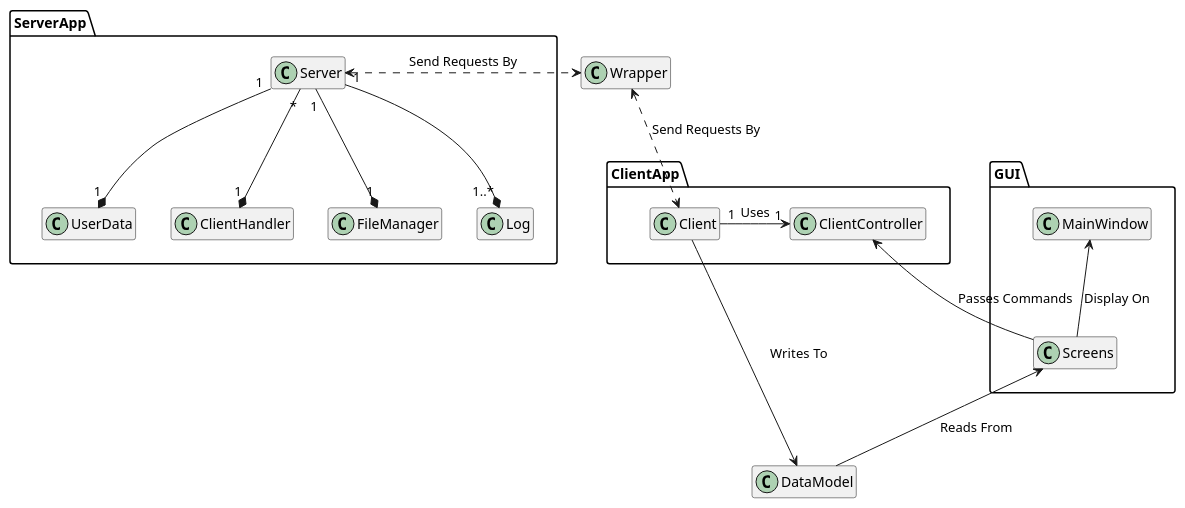
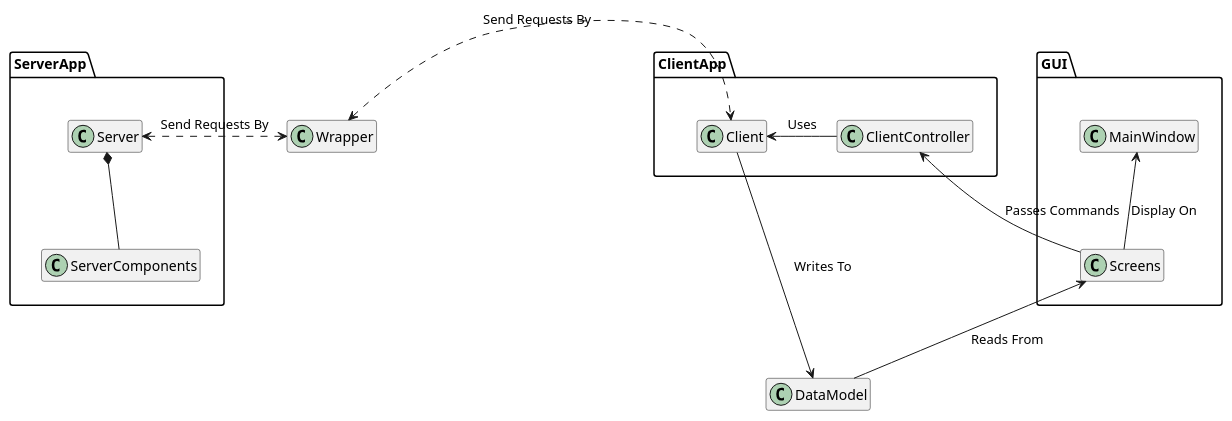
One commit to NubezVilla/CS_401_Group_1 changed the diagram in docs/diagrams/ClassDiagram/HighLevelDiagram.puml. Above: the diagram before and after it, drawn with PlantUML.

```diff
--- a/docs/diagrams/ClassDiagram/HighLevelDiagram.puml
+++ b/docs/diagrams/ClassDiagram/HighLevelDiagram.puml
@@ -1,44 +1,38 @@
 @startuml
 hide empty members
 package ServerApp{
 class Server{}
-class UserData{}
-class ClientHandler{}
-class FileManager{}
-class Log{}
+class ServerComponents{}
 
-Server "1"--*"1" UserData 
-Server "*"--*"1" ClientHandler 
-Server "1"--*"1" FileManager
-Server "1"--*"1..*" Log
+Server *-- ServerComponents
 }
 
 class Wrapper{}
 
 package ClientApp{
 class Client{}
 class ClientController{}
-Client "1"-[norank]->"1" ClientController : Uses
+Client <-[norank]- ClientController : Uses
 }
 
 package GUI{
 class MainWindow{}
 class Screens{}
 
 MainWindow <-- Screens: Display On
 }
 
 
 ServerApp -right[hidden]-> Wrapper
 Wrapper -right[hidden]-> ClientApp
 ClientApp -right[hidden]-> GUI
 
 Server <.[norank].> Wrapper : Send Requests By
-Wrapper <..> Client : Send Requests By
+Wrapper <..[norank]..> Client : Send Requests By
 
 class DataModel {}
 
 Client -down-> DataModel : Writes To
 Screens <-down- DataModel : Reads From
 ClientController <-- Screens : Passes Commands
 @enduml
```
